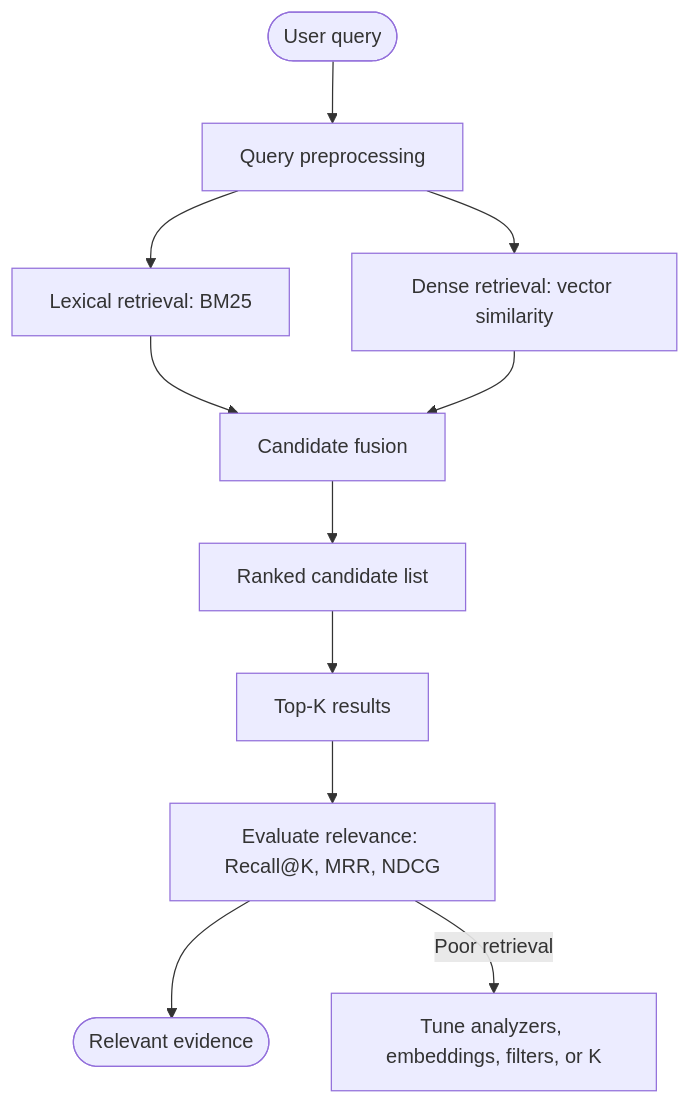
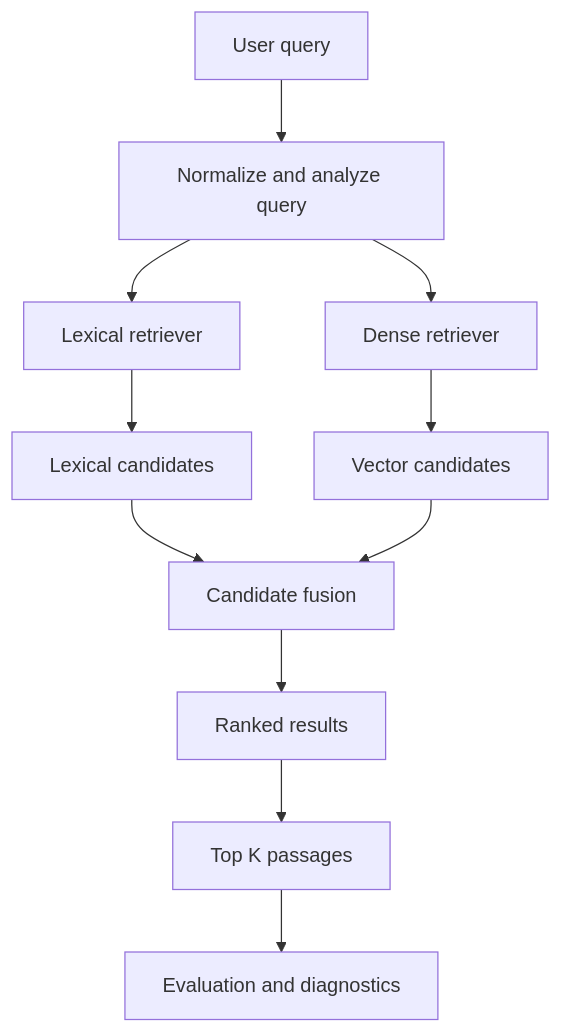
Before and after one commit to codergirl73/agentic-ai-system-design: the first of 3 diagrams in MODULE_4_INFORMATION_RETRIEVAL.md, drawn with Mermaid. The commit also changed other lines of this file, not shown here.

````diff
--- a/MODULE_4_INFORMATION_RETRIEVAL.md
+++ b/MODULE_4_INFORMATION_RETRIEVAL.md
@@ -9,13 +26,13 @@
-```mermaid
+~~~mermaid
 flowchart TD
-    Q([User query]) --> P[Query preprocessing]
-    P --> B[Lexical retrieval: BM25]
-    P --> D[Dense retrieval: vector similarity]
-    B --> F[Candidate fusion]
-    D --> F
-    F --> R[Ranked candidate list]
-    R --> K[Top-K results]
-    K --> E[Evaluate relevance: Recall@K, MRR, NDCG]
-    E --> O([Relevant evidence])
-    E -->|Poor retrieval| T[Tune analyzers, embeddings, filters, or K]
-```
+    Q["User query"] --> N["Normalize and analyze query"]
+    N --> L["Lexical retriever"]
+    N --> D["Dense retriever"]
+    L --> LC["Lexical candidates"]
+    D --> DC["Vector candidates"]
+    LC --> F["Candidate fusion"]
+    DC --> F
+    F --> R["Ranked results"]
+    R --> K["Top K passages"]
+    K --> E["Evaluation and diagnostics"]
+~~~
````
